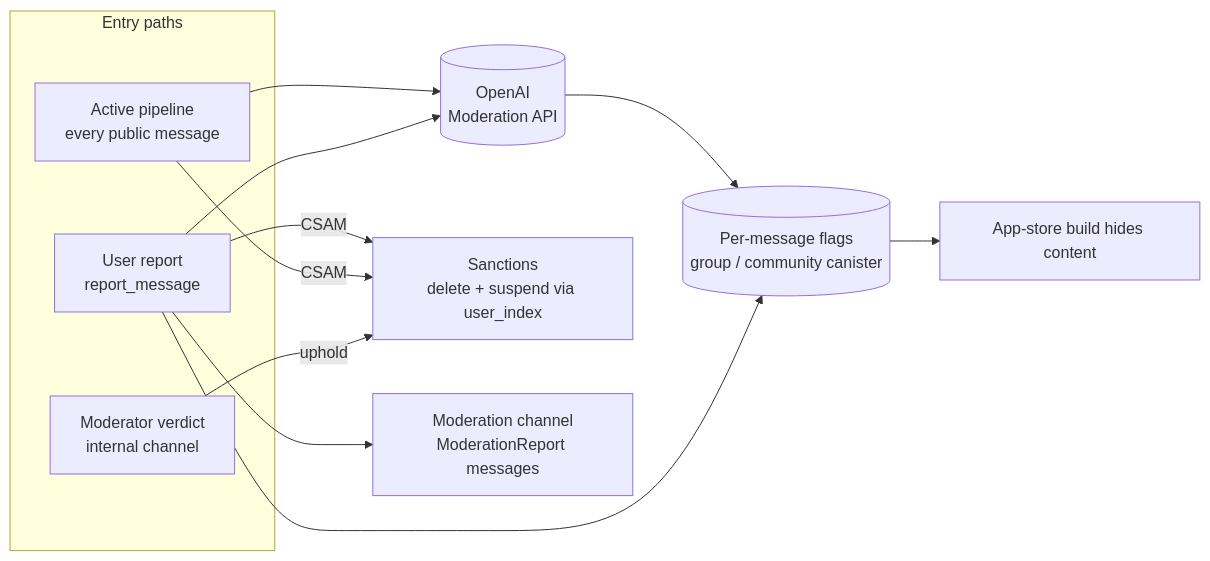
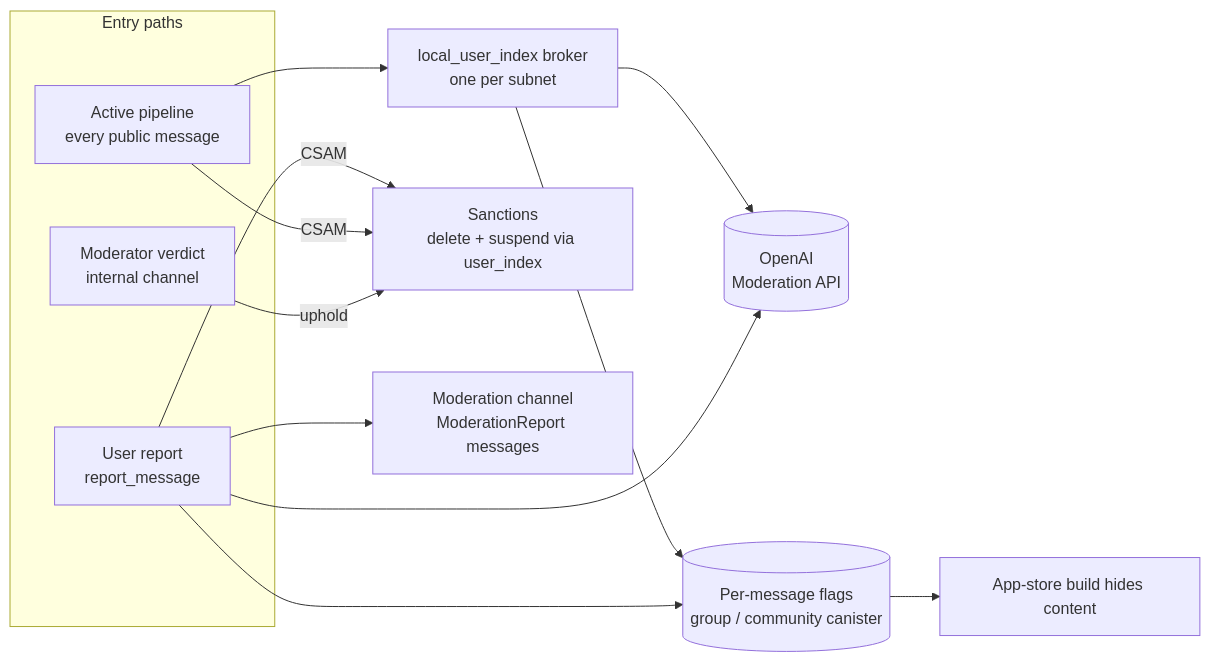
One commit to open-chat-labs/open-chat changed the first of 5 diagrams in architecture/moderation.md. Above: the diagram before and after it, drawn with Mermaid. The commit also changed other lines of this file, not shown here.

Commit message:
docs: describe the classification broker in the moderation doc

````diff
--- a/architecture/moderation.md
+++ b/architecture/moderation.md
@@ -17,20 +17,22 @@
 ```mermaid
 flowchart LR
     subgraph entry [Entry paths]
         A[Active pipeline<br/>every public message]
         B[User report<br/>report_message]
         C[Moderator verdict<br/>internal channel]
     end
+    L[local_user_index broker<br/>one per subnet]
     O[(OpenAI<br/>Moderation API)]
     F[(Per-message flags<br/>group / community canister)]
     S[Sanctions<br/>delete + suspend via user_index]
     M[Moderation channel<br/>ModerationReport messages]
-    A --> O --> F
+    A --> L --> O
+    L --> F
     B --> O
     B --> F
     B --> M
     B -- CSAM --> S
     A -- CSAM --> S
     C -- uphold --> S
     F --> G[App-store build hides content]
 ```
````
